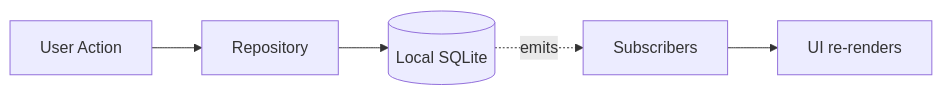
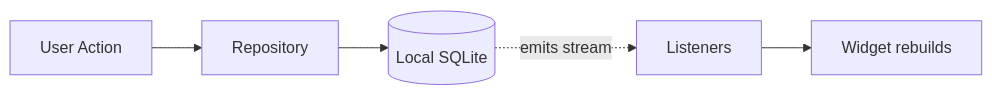
Before and after one commit to sanyzrn/DbsNex: the diagram in 06-development.md, drawn with Mermaid. The commit also changed other lines of this file and 9 other files, not shown here.

````diff
--- a/06-development.md
+++ b/06-development.md
@@ -96,7 +94,7 @@
 ```mermaid
 flowchart LR
     A[User Action] --> R[Repository]
     R --> DB[(Local SQLite)]
-    DB -.emits.-> S[Subscribers]
-    S --> UI[UI re-renders]
+    DB -.emits stream.-> S[Listeners]
+    S --> UI[Widget rebuilds]
 ```
````
